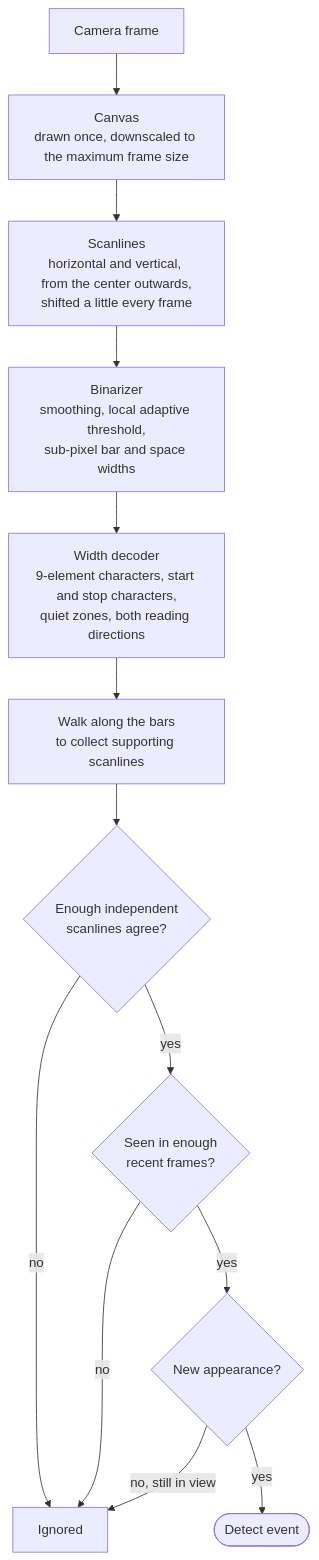
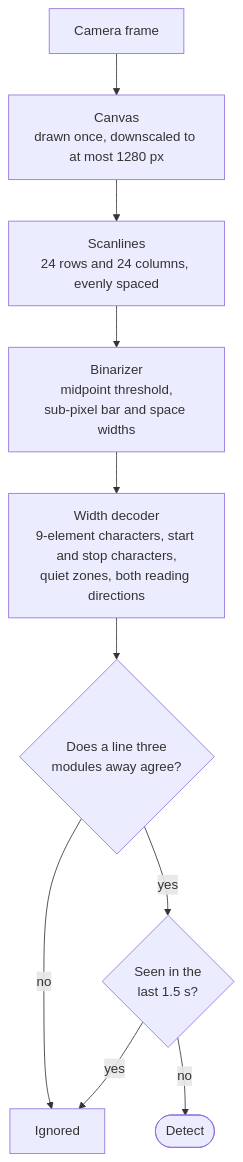
The first of 4 diagrams in README.md (yagnikpipaliya/code39scanner), drawn with Mermaid before and after one commit. The commit also changed other lines of this file and 19 other files, not shown here.

````diff
--- a/README.md
+++ b/README.md
@@ -43,15 +42,12 @@
 ```mermaid
 flowchart TD
-    A["Camera frame"] --> B["Canvas<br/>drawn once, downscaled to the maximum frame size"]
-    B --> C["Scanlines<br/>horizontal and vertical, from the center outwards,<br/>shifted a little every frame"]
-    C --> D["Binarizer<br/>smoothing, local adaptive threshold,<br/>sub-pixel bar and space widths"]
+    A["Camera frame"] --> B["Canvas<br/>drawn once, downscaled to at most 1280 px"]
+    B --> C["Scanlines<br/>24 rows and 24 columns, evenly spaced"]
+    C --> D["Binarizer<br/>midpoint threshold,<br/>sub-pixel bar and space widths"]
     D --> E["Width decoder<br/>9-element characters, start and stop characters,<br/>quiet zones, both reading directions"]
-    E --> F["Walk along the bars<br/>to collect supporting scanlines"]
-    F --> G{"Enough independent<br/>scanlines agree?"}
-    G -- no --> X["Ignored"]
-    G -- yes --> H{"Seen in enough<br/>recent frames?"}
-    H -- no --> X
-    H -- yes --> I{"New appearance?"}
-    I -- no, still in view --> X
-    I -- yes --> J(["Detect event"])
+    E --> F{"Does a line three<br/>modules away agree?"}
+    F -- no --> X["Ignored"]
+    F -- yes --> G{"Seen in the<br/>last 1.5 s?"}
+    G -- yes --> X
+    G -- no --> H(["Detect"])
 ```
````
